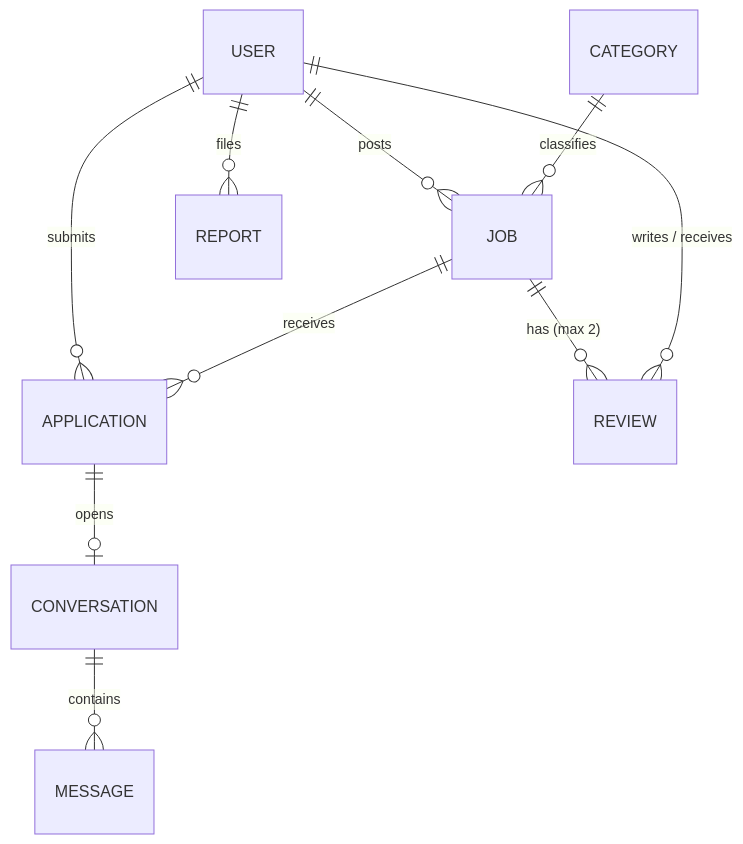
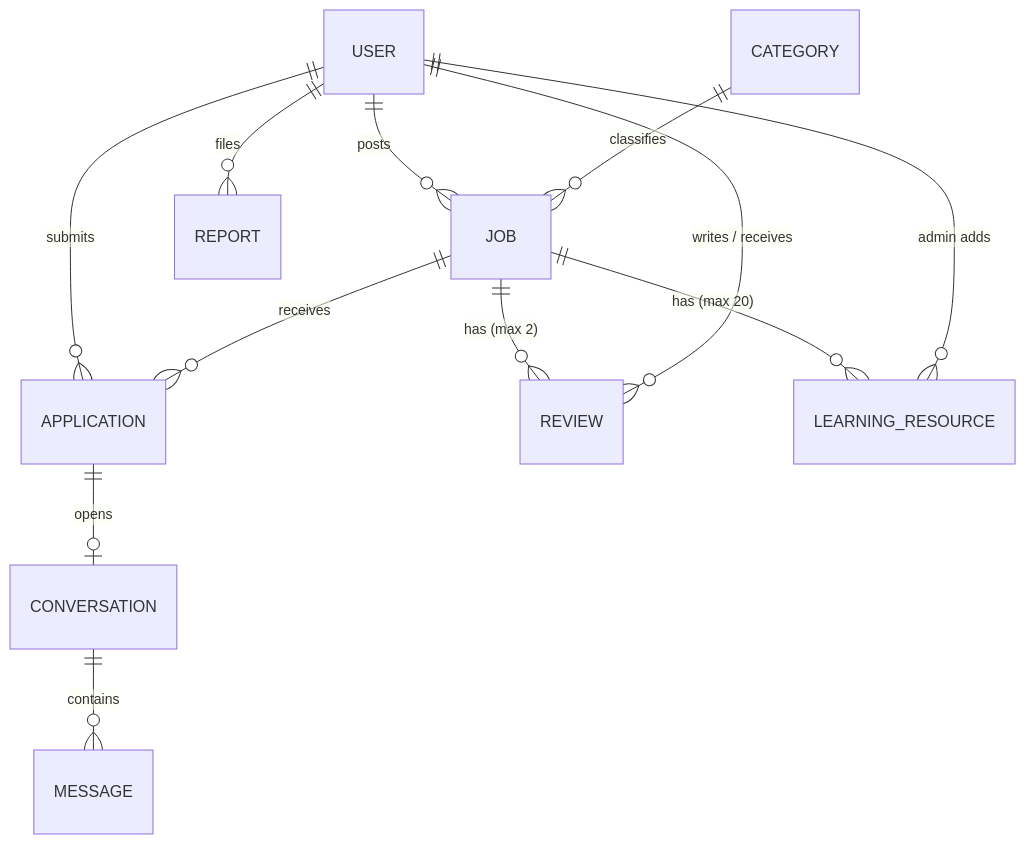
One commit to ArefinZaman-dev/Software-Engineering-Project changed the diagram in docs/DATABASE.md. Above: the diagram before and after it, drawn with Mermaid. The commit also changed other lines of this file and 33 other files, not shown here.

Commit message:
Increment 8: learning resources (admin adds resources per job)

````diff
--- a/docs/DATABASE.md
+++ b/docs/DATABASE.md
@@ -6,12 +6,14 @@
 ```mermaid
 erDiagram
   USER ||--o{ JOB : posts
   CATEGORY ||--o{ JOB : classifies
   USER ||--o{ APPLICATION : submits
   JOB ||--o{ APPLICATION : receives
   JOB ||--o{ REVIEW : "has (max 2)"
   USER ||--o{ REVIEW : "writes / receives"
   APPLICATION ||--o| CONVERSATION : "opens"
   CONVERSATION ||--o{ MESSAGE : contains
   USER ||--o{ REPORT : files
+  JOB ||--o{ LEARNING_RESOURCE : "has (max 20)"
+  USER ||--o{ LEARNING_RESOURCE : "admin adds"
 ```
````
